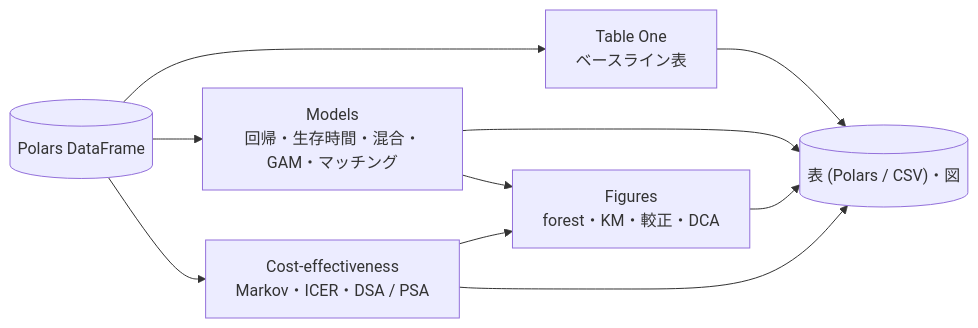
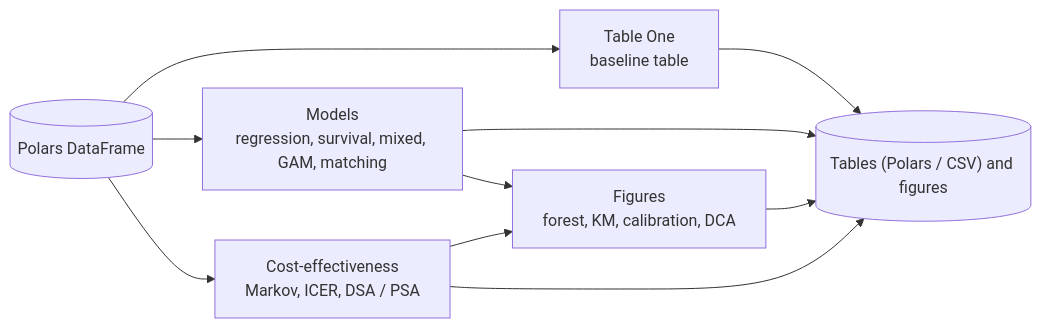
The diagram in docs/index.md (mizuy/statract), drawn with Mermaid before and after one commit. The commit also changed other lines of this file and 4 other files, not shown here.

````diff
--- a/docs/index.md
+++ b/docs/index.md
@@ -9,12 +9,12 @@
 ```mermaid
 flowchart LR
-  D[("Polars DataFrame")] --> T["Table One<br/>ベースライン表"]
-  D --> M["Models<br/>回帰・生存時間・混合・GAM・マッチング"]
-  D --> C["Cost-effectiveness<br/>Markov・ICER・DSA / PSA"]
-  M --> F["Figures<br/>forest・KM・較正・DCA"]
+  D[("Polars DataFrame")] --> T["Table One<br/>baseline table"]
+  D --> M["Models<br/>regression, survival, mixed, GAM, matching"]
+  D --> C["Cost-effectiveness<br/>Markov, ICER, DSA / PSA"]
+  M --> F["Figures<br/>forest, KM, calibration, DCA"]
   C --> F
-  T --> O[("表 (Polars / CSV)・図")]
+  T --> O[("Tables (Polars / CSV) and figures")]
   M --> O
   F --> O
   C --> O
 ```
````
